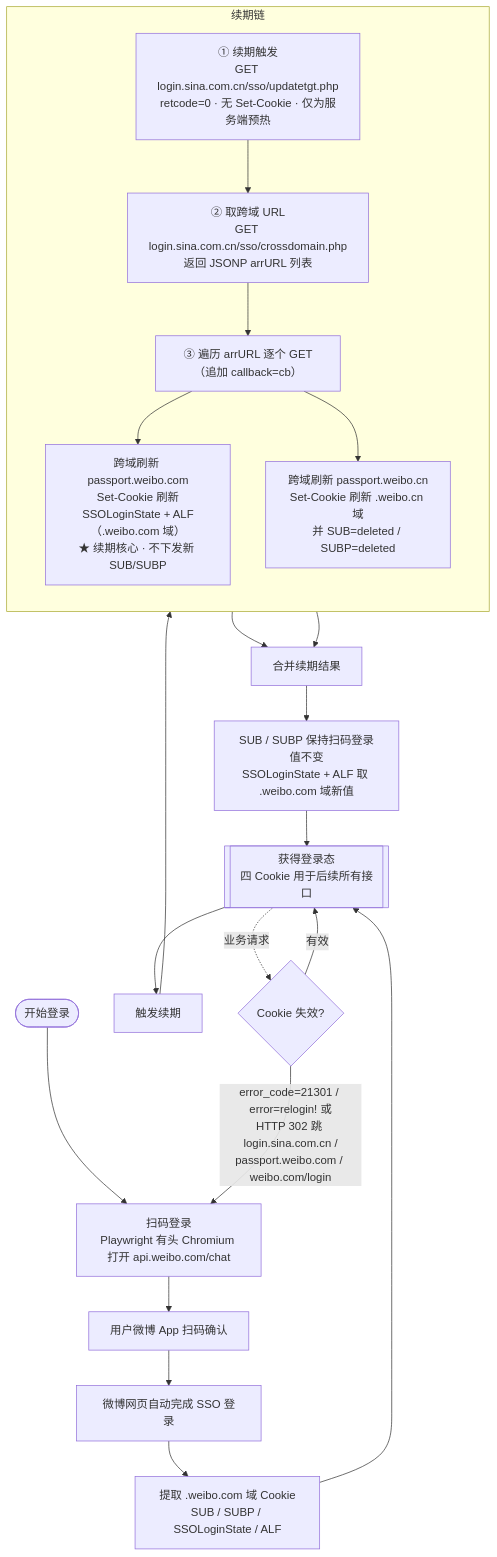
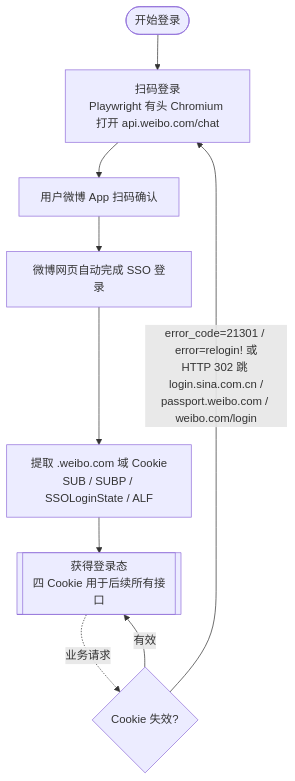
Before and after one commit to findxyz/vb-weibo-plus: the diagram in WEIBO_API_RAW.md, drawn with Mermaid. The commit also changed other lines of this file and 12 other files, not shown here.

````diff
--- a/WEIBO_API_RAW.md
+++ b/WEIBO_API_RAW.md
@@ -25,30 +25,12 @@
 ```mermaid
 flowchart TD
     Start([开始登录]) --> QR["扫码登录<br/>Playwright 有头 Chromium 打开 api.weibo.com/chat"]
     QR --> Scan[用户微博 App 扫码确认]
     Scan --> SSO[微博网页自动完成 SSO 登录]
     SSO --> Extract[提取 .weibo.com 域 Cookie<br/>SUB / SUBP / SSOLoginState / ALF]
     Extract --> Ready[[获得登录态<br/>四 Cookie 用于后续所有接口]]
 
-    Ready --> Trig[触发续期]
-    Trig --> R1
-    subgraph Renewal[续期链]
-        direction TB
-        R1["① 续期触发<br/>GET login.sina.com.cn/sso/updatetgt.php<br/>retcode=0 · 无 Set-Cookie · 仅为服务端预热"]
-        R2["② 取跨域 URL<br/>GET login.sina.com.cn/sso/crossdomain.php<br/>返回 JSONP arrURL 列表"]
-        R3["③ 遍历 arrURL 逐个 GET（追加 callback=cb）"]
-        R4a["跨域刷新 passport.weibo.com<br/>Set-Cookie 刷新<br/>SSOLoginState + ALF（.weibo.com 域）<br/>★ 续期核心 · 不下发新 SUB/SUBP"]
-        R4b["跨域刷新 passport.weibo.cn<br/>Set-Cookie 刷新 .weibo.cn 域<br/>并 SUB=deleted / SUBP=deleted"]
-        R1 --> R2 --> R3
-        R3 --> R4a
-        R3 --> R4b
-    end
-    R4a --> Merge[合并续期结果]
-    R4b --> Merge
-    Merge --> Result["SUB / SUBP 保持扫码登录值不变<br/>SSOLoginState + ALF 取 .weibo.com 域新值"]
-    Result --> Ready
-
     Ready -. 业务请求 .-> Fail{Cookie 失效?}
     Fail -->|"error_code=21301 / error=relogin! 或<br/>HTTP 302 跳 login.sina.com.cn /<br/>passport.weibo.com / weibo.com/login"| QR
     Fail -->|有效| Ready
 ```
````
